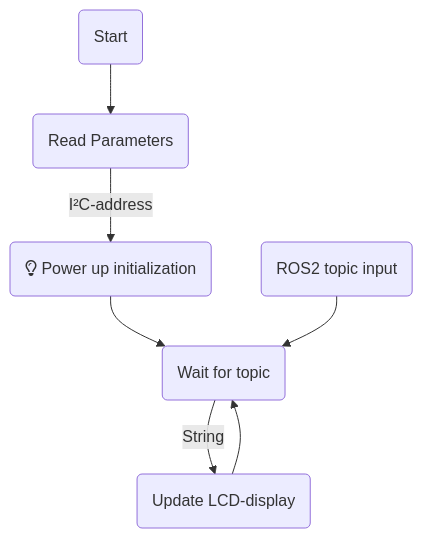
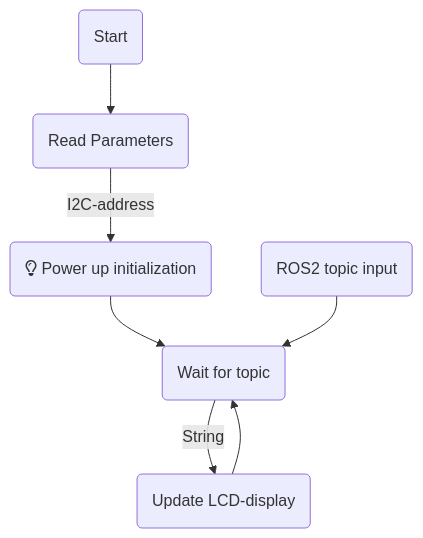
The diagram in README.md (Pet-Series/pet_ros2_lcd_pkg), drawn with Mermaid before and after one commit.

Commit message:
Added mermaid flowchart to README.md

````diff
--- a/README.md
+++ b/README.md
@@ -45,9 +45,9 @@
 ```mermaid
 graph TD
     S(Start) --> A
-    A(Read Parameters) -->|I²C-address| B
+    A(Read Parameters) -->|I2C-address| B
     B(far:fa-lightbulb Power up initialization) --> C
     C(Wait for topic) --> |String| D
     D(Update LCD-display) --> C
     E(ROS2 topic input) --> C
 ```
````
